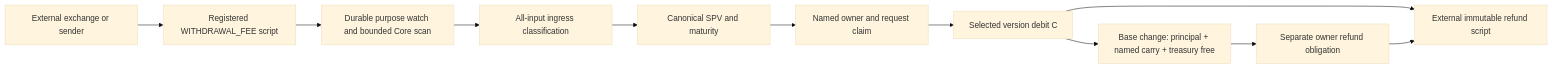
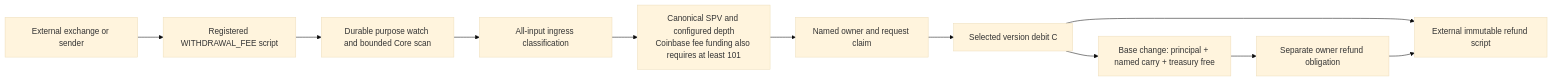
The second of 2 diagrams in docs/WITHDRAWAL_FEE_SUBSIDY.md (SergeyBelets/SatFiSetup), drawn with Mermaid (base theme) before and after one commit. The commit also changed other lines of this file and 364 other files, not shown here.

````diff
--- a/docs/WITHDRAWAL_FEE_SUBSIDY.md
+++ b/docs/WITHDRAWAL_FEE_SUBSIDY.md
@@ -117,13 +121,13 @@
 ```mermaid
 flowchart LR
   E[External exchange or sender] --> A[Registered WITHDRAWAL_FEE script]
   A --> W[Durable purpose watch and bounded Core scan]
   W --> I[All-input ingress classification]
-  I --> V[Canonical SPV and maturity]
+  I --> V["Canonical SPV and configured depth<br/>Coinbase fee funding also requires at least 101"]
   V --> C[Named owner and request claim]
   C --> P[Selected version debit C]
   P --> R[External immutable refund script]
   P --> N[Base change: principal + named carry + treasury free]
   N --> F[Separate owner refund obligation]
   F --> R
 ```
````
